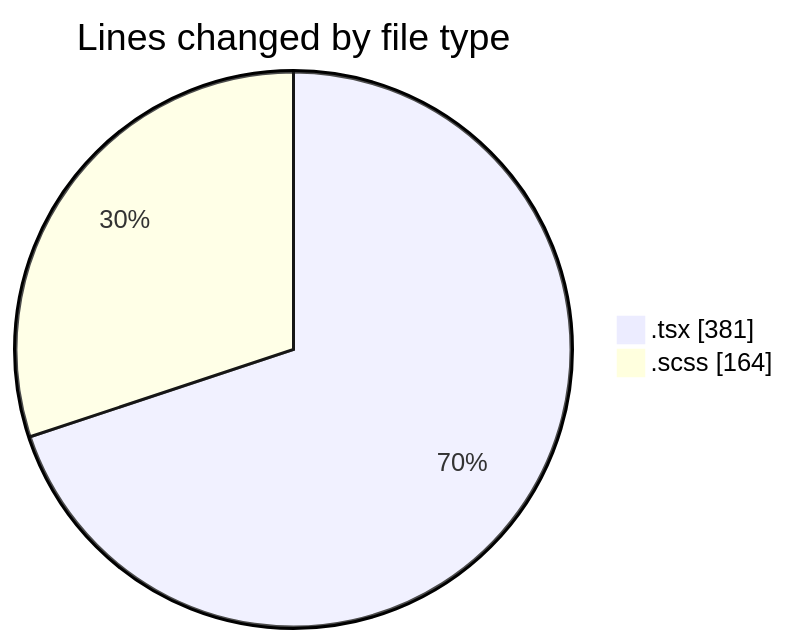
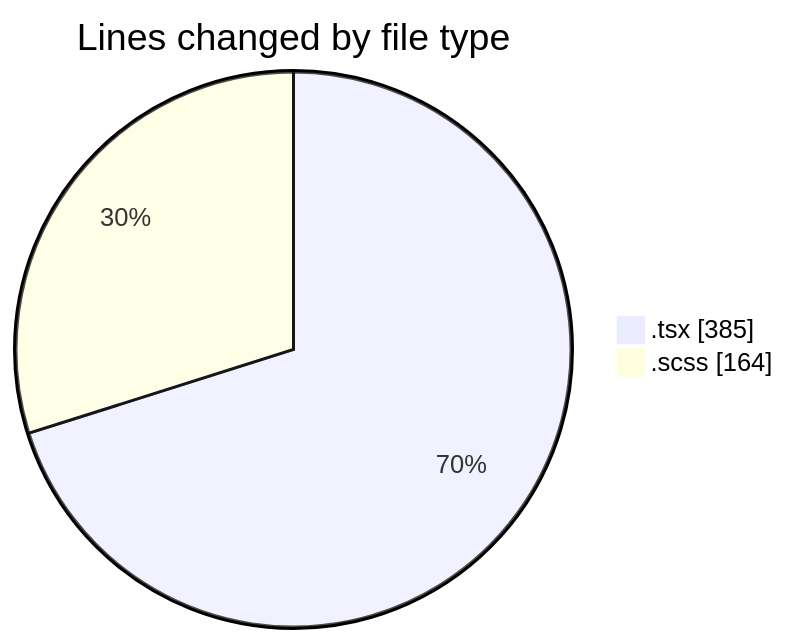
Before and after one commit to momahboobian/code-tracking: the first of 2 diagrams in 2025-09-16/cda/README.md, drawn with Mermaid. The commit also changed other lines of this file and 1 other file, not shown here.

````diff
--- a/2025-09-16/cda/README.md
+++ b/2025-09-16/cda/README.md
@@ -22,6 +22,6 @@
 ```mermaid
 pie showData
 title Lines changed by file type
-".tsx" : 381
+".tsx" : 385
 ".scss" : 164
 ```
````
